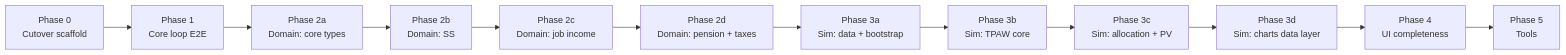
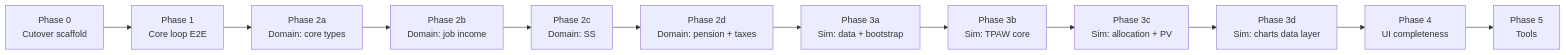
One commit to chriskelly/LifeFinances changed the diagram in docs/superpowers/plans/2026-06-12-rebuild-index.md. Above: the diagram before and after it, drawn with Mermaid. The commit also changed other lines of this file and 12 other files, not shown here.

First line of the commit message:
feat(domain): Phase 2b job income

````diff
--- a/docs/superpowers/plans/2026-06-12-rebuild-index.md
+++ b/docs/superpowers/plans/2026-06-12-rebuild-index.md
@@ -44,18 +44,18 @@
 ```mermaid
 flowchart LR
   P0[Phase 0\nCutover scaffold]
   P1[Phase 1\nCore loop E2E]
   P2a[Phase 2a\nDomain: core types]
-  P2b[Phase 2b\nDomain: SS]
-  P2c[Phase 2c\nDomain: job income]
+  P2b[Phase 2b\nDomain: job income]
+  P2c[Phase 2c\nDomain: SS]
   P2d[Phase 2d\nDomain: pension + taxes]
   P3a[Phase 3a\nSim: data + bootstrap]
   P3b[Phase 3b\nSim: TPAW core]
   P3c[Phase 3c\nSim: allocation + PV]
   P3d[Phase 3d\nSim: charts data layer]
   P4[Phase 4\nUI completeness]
   P5[Phase 5\nTools]
 
   P0 --> P1 --> P2a --> P2b --> P2c --> P2d
   P2d --> P3a --> P3b --> P3c --> P3d --> P4 --> P5
 ```
````
